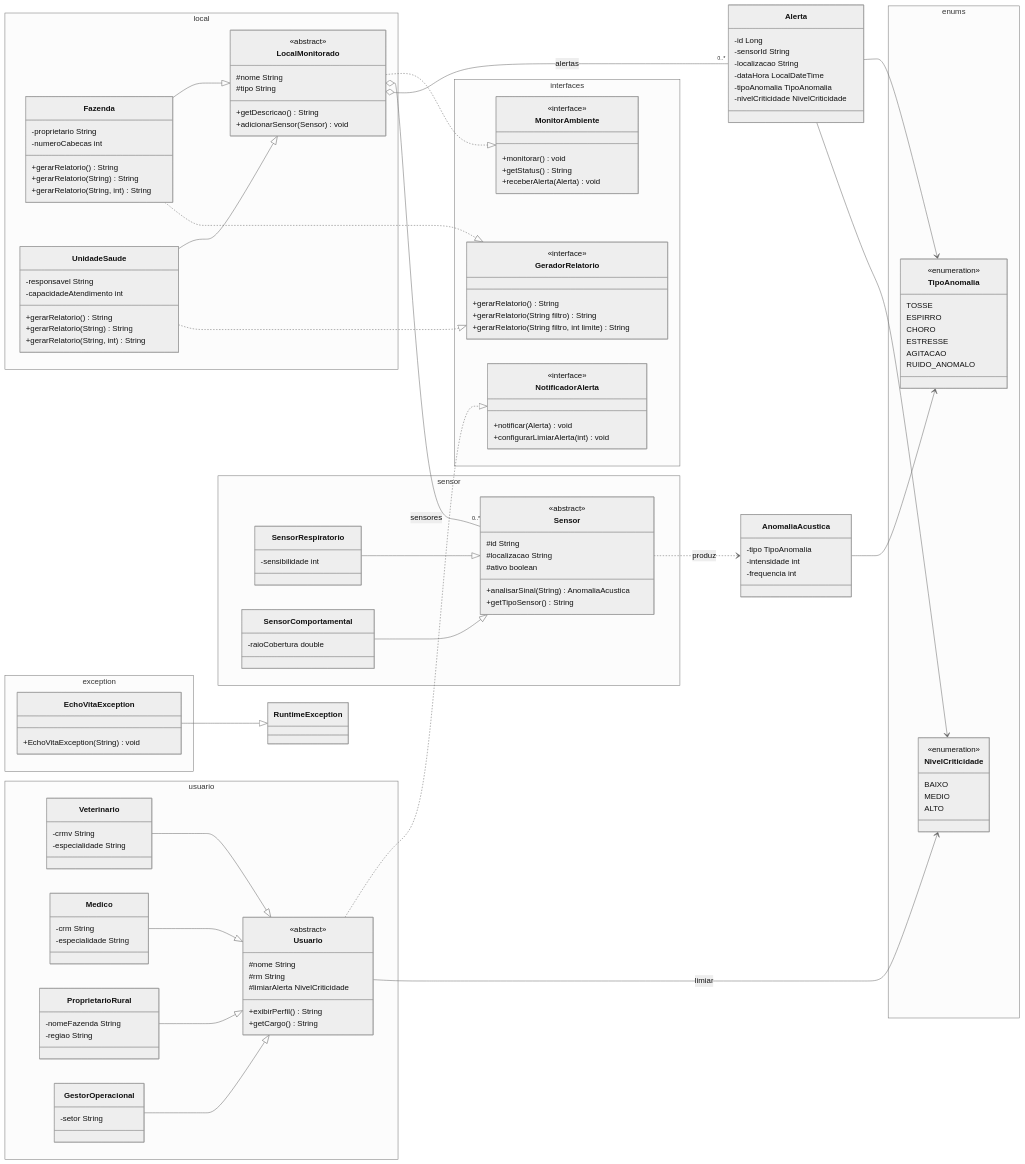
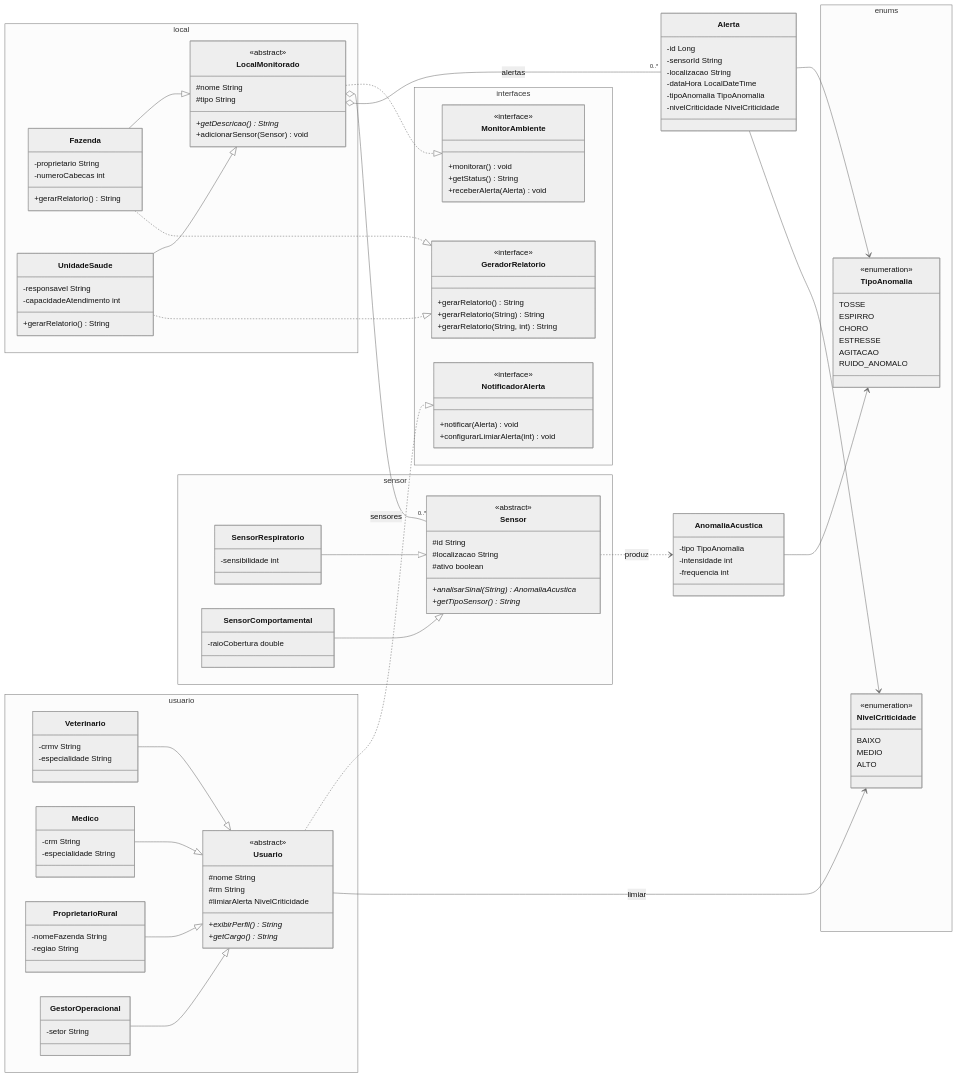
One commit to Fiap-ESPY/echo-vita-app changed the diagram in README.md. Above: the diagram before and after it, drawn with Mermaid (neutral theme). The commit also changed other lines of this file, not shown here.

```diff
--- a/README.md
+++ b/README.md
@@ -97,8 +72,8 @@
         class GeradorRelatorio {
             <<interface>>
             +gerarRelatorio() String
-            +gerarRelatorio(String filtro) String
-            +gerarRelatorio(String filtro, int limite) String
+            +gerarRelatorio(String) String
+            +gerarRelatorio(String, int) String
         }
     }
 
@@ -107,22 +82,18 @@
             <<abstract>>
             #nome String
             #tipo String
-            +getDescricao() String
+            +getDescricao()* String
             +adicionarSensor(Sensor) void
         }
         class Fazenda {
             -proprietario String
             -numeroCabecas int
             +gerarRelatorio() String
-            +gerarRelatorio(String) String
-            +gerarRelatorio(String, int) String
         }
         class UnidadeSaude {
             -responsavel String
             -capacidadeAtendimento int
             +gerarRelatorio() String
-            +gerarRelatorio(String) String
-            +gerarRelatorio(String, int) String
         }
     }
 
@@ -132,8 +103,8 @@
             #id String
             #localizacao String
             #ativo boolean
-            +analisarSinal(String) AnomaliaAcustica
-            +getTipoSensor() String
+            +analisarSinal(String)* AnomaliaAcustica
+            +getTipoSensor()* String
         }
         class SensorRespiratorio {
             -sensibilidade int
@@ -149,8 +120,8 @@
             #nome String
             #rm String
             #limiarAlerta NivelCriticidade
-            +exibirPerfil() String
-            +getCargo() String
+            +exibirPerfil()* String
+            +getCargo()* String
         }
         class Veterinario {
             -crmv String
@@ -187,12 +158,6 @@
         }
     }
 
-    namespace exception {
-        class EchoVitaException {
-            +EchoVitaException(String) void
-        }
-    }
-
     class Alerta {
         -id Long
         -sensorId String
@@ -220,7 +185,6 @@
     Medico --|> Usuario
     ProprietarioRural --|> Usuario
     GestorOperacional --|> Usuario
-    EchoVitaException --|> RuntimeException
     LocalMonitorado o-- "0..*" Sensor : sensores
     LocalMonitorado o-- "0..*" Alerta : alertas
     Sensor ..> AnomaliaAcustica : produz
```
